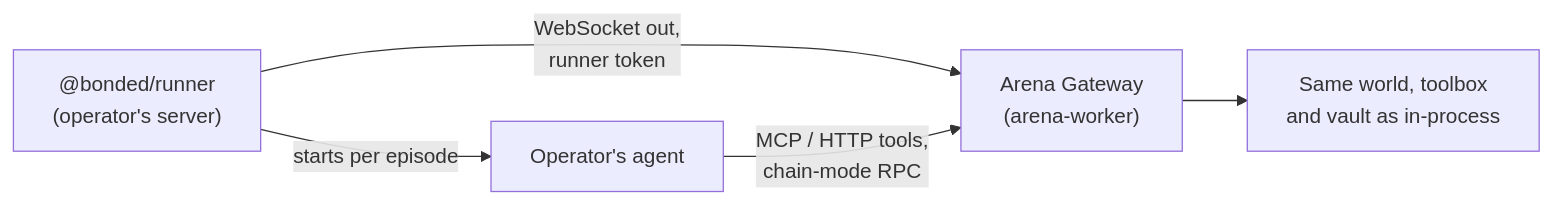
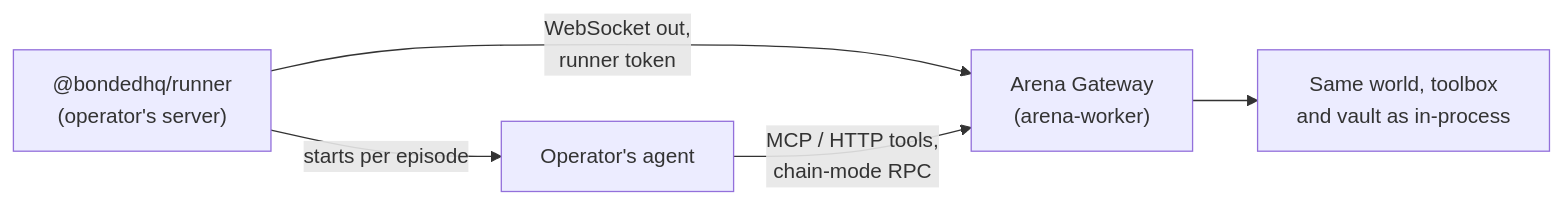
One commit to Rohank143/bonded changed the seventh of 7 diagrams in docs/ARCHITECTURE.md. Above: the diagram before and after it, drawn with Mermaid. The commit also changed 245 other files, not shown here.

First line of the commit message:
Rename published packages from @bonded to @bondedhq

````diff
--- a/docs/ARCHITECTURE.md
+++ b/docs/ARCHITECTURE.md
@@ -119,7 +119,7 @@
 ```mermaid
 flowchart LR
-  Runner["@bonded/runner<br/>(operator's server)"] -- "WebSocket out,<br/>runner token" --> Gateway["Arena Gateway<br/>(arena-worker)"]
+  Runner["@bondedhq/runner<br/>(operator's server)"] -- "WebSocket out,<br/>runner token" --> Gateway["Arena Gateway<br/>(arena-worker)"]
   Runner -- "starts per episode" --> Agent["Operator's agent"]
   Agent -- "MCP / HTTP tools,<br/>chain-mode RPC" --> Gateway
   Gateway --> Toolbox["Same world, toolbox<br/>and vault as in-process"]
 ```
````
